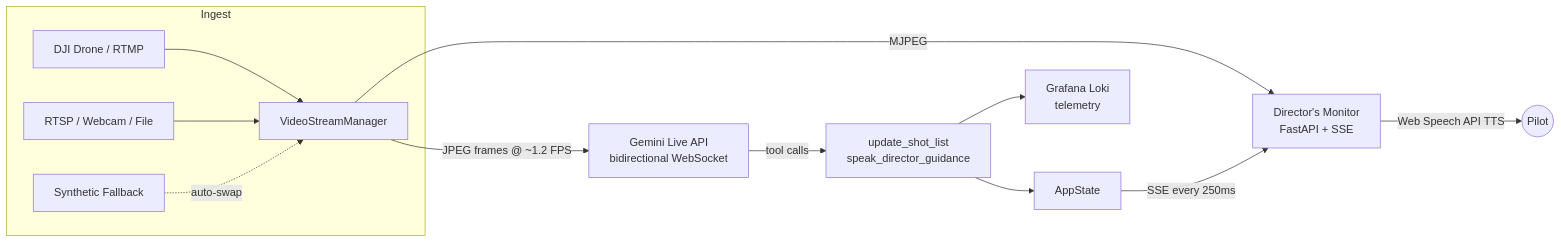
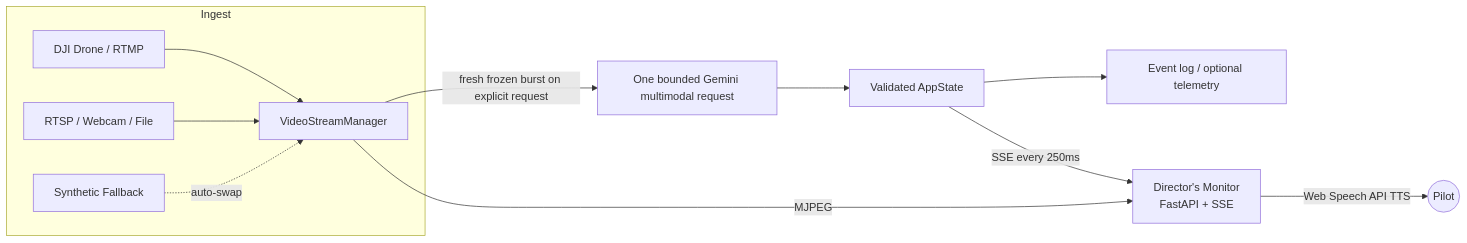
One commit to dutraa/cinepilot changed the diagram in README.md. Above: the diagram before and after it, drawn with Mermaid. The commit also changed other lines of this file and 23 other files, not shown here.

````diff
--- a/README.md
+++ b/README.md
@@ -35,17 +49,16 @@
 ```mermaid
 flowchart LR
     subgraph Ingest
         A[DJI Drone / RTMP] --> V[VideoStreamManager]
         B[RTSP / Webcam / File] --> V
         C[Synthetic Fallback] -.auto-swap.-> V
     end
 
-    V -- "JPEG frames @ ~1.2 FPS" --> G[Gemini Live API<br/>bidirectional WebSocket]
-    G -- "tool calls" --> T[update_shot_list<br/>speak_director_guidance]
-    T --> S[AppState]
-    T --> L[Grafana Loki<br/>telemetry]
+    V -- "fresh frozen burst on explicit request" --> G[One bounded Gemini multimodal request]
+    G --> S[Validated AppState]
+    S --> L[Event log / optional telemetry]
 
     V -- MJPEG --> W[Director's Monitor<br/>FastAPI + SSE]
     S -- "SSE every 250ms" --> W
     W -- "Web Speech API TTS" --> P((Pilot))
 ```
````
